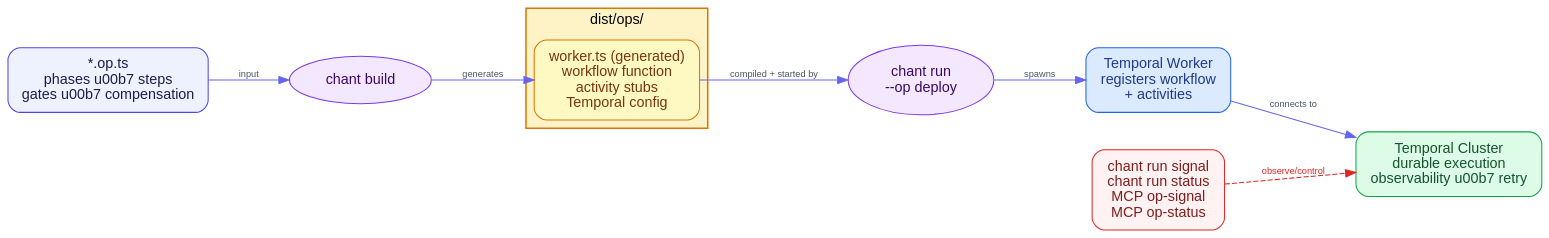
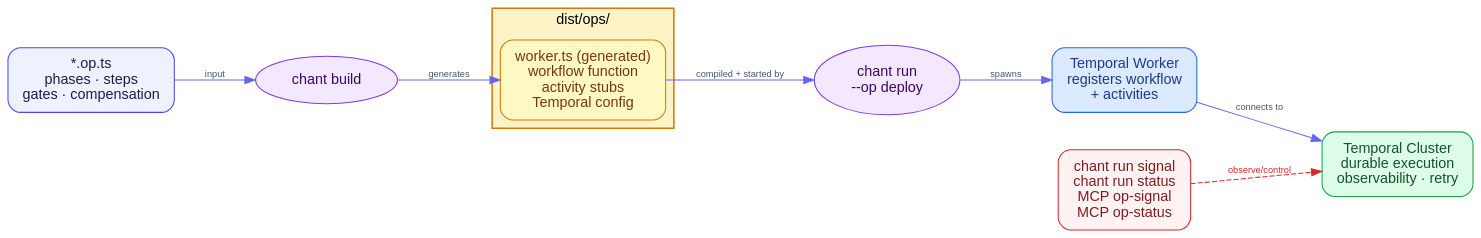
The diagram in lexicons/temporal/docs/diagrams/ops-codegen-runtime.dot (INTENTIUS/chant), drawn with Graphviz before and after one commit. The commit also changed 17 other files, not shown here.

```diff
--- a/lexicons/temporal/docs/diagrams/ops-codegen-runtime.dot
+++ b/lexicons/temporal/docs/diagrams/ops-codegen-runtime.dot
@@ -1,38 +1,38 @@
 digraph ops_codegen {
   rankdir=LR
   graph [fontname="Helvetica,Arial,sans-serif" bgcolor="transparent" pad="0.5" ranksep="0.8" nodesep="0.5"]
   node  [fontname="Helvetica,Arial,sans-serif" shape=box style="filled,rounded" margin="0.22,0.12"]
   edge  [fontname="Helvetica,Arial,sans-serif" fontsize=9 fontcolor="#475569" color="#6366F1"]
 
-  op    [label="*.op.ts\nphases \u00b7 steps\ngates \u00b7 compensation"
+  op    [label="*.op.ts\nphases · steps\ngates · compensation"
          fillcolor="#EEF2FF" color="#4F46E5" fontcolor="#1E1B4B"]
 
   build [label="chant build"
          shape=oval fillcolor="#F3E8FF" color="#7C3AED" fontcolor="#3B0764"]
 
   subgraph cluster_dist {
     label="dist/ops/" style=filled fillcolor="#FEF3C7" color="#D97706" penwidth=1.5
     fontname="Helvetica,Arial,sans-serif"
     gen   [label="worker.ts (generated)\nworkflow function\nactivity stubs\nTemporal config"
            fillcolor="#FEF9C3" color="#D97706" fontcolor="#78350F"]
   }
 
   run   [label="chant run\n--op deploy"
          shape=oval fillcolor="#F3E8FF" color="#7C3AED" fontcolor="#3B0764"]
 
   worker [label="Temporal Worker\nregisters workflow\n+ activities"
           fillcolor="#DBEAFE" color="#2563EB" fontcolor="#1E3A8A"]
 
-  cluster [label="Temporal Cluster\ndurable execution\nobservability \u00b7 retry"
+  cluster [label="Temporal Cluster\ndurable execution\nobservability · retry"
            fillcolor="#DCFCE7" color="#16A34A" fontcolor="#14532D"]
 
   signals [label="chant run signal\nchant run status\nMCP op-signal\nMCP op-status"
            fillcolor="#FEF2F2" color="#DC2626" fontcolor="#7F1D1D"]
 
   op     -> build  [label="input"]
   build  -> gen    [label="generates"]
   gen    -> run    [label="compiled + started by"]
   run    -> worker [label="spawns"]
   worker -> cluster [label="connects to"]
   signals -> cluster [label="observe/control" style=dashed color="#DC2626" fontcolor="#DC2626"]
 }
```
